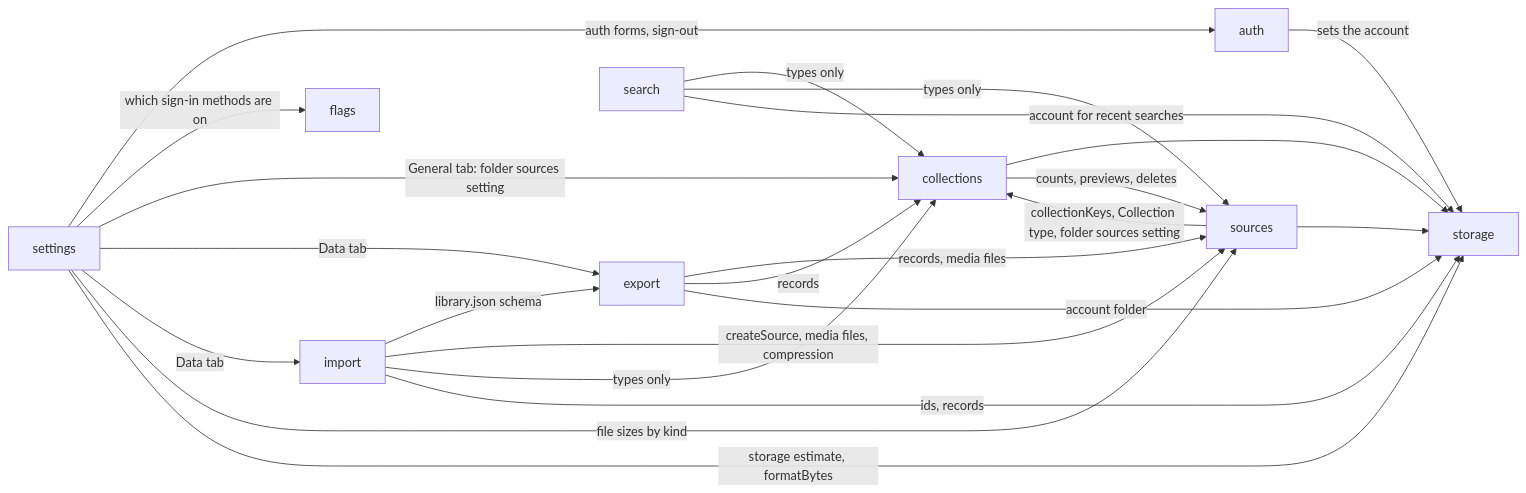
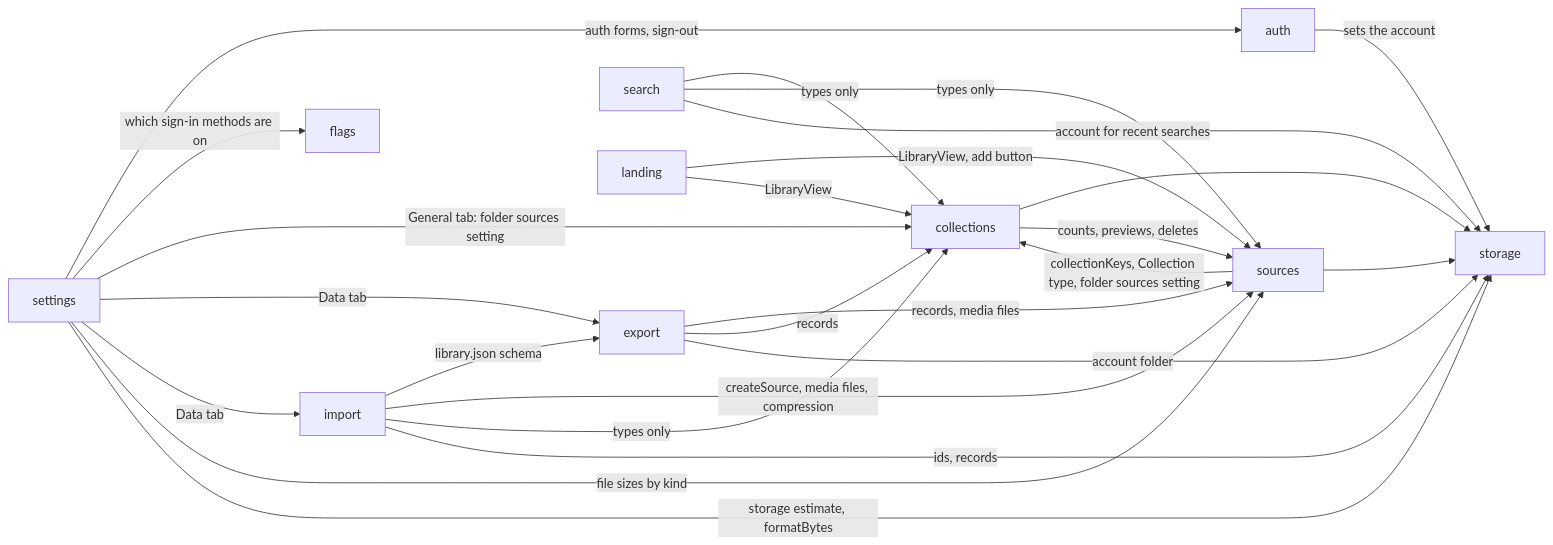
One commit to kun1225/mado changed the diagram in apps/web/ARCHITECTURE.md. Above: the diagram before and after it, drawn with Mermaid. The commit also changed other lines of this file and 22 other files, not shown here.

````diff
--- a/apps/web/ARCHITECTURE.md
+++ b/apps/web/ARCHITECTURE.md
@@ -25,25 +25,27 @@
 ```mermaid
 graph LR
   auth -->|sets the account| storage
   settings -->|auth forms, sign-out| auth
   settings -->|which sign-in methods are on| flags
   settings -->|General tab: folder sources setting| collections
   settings -->|Data tab| export
   settings -->|Data tab| import
   settings -->|file sizes by kind| sources
   settings -->|storage estimate, formatBytes| storage
   export -->|records, media files| sources
   export -->|records| collections
   export -->|account folder| storage
   import -->|library.json schema| export
   import -->|createSource, media files, compression| sources
   import -->|types only| collections
   import -->|ids, records| storage
   sources --> storage
   collections --> storage
   sources -->|collectionKeys, Collection type, folder sources setting| collections
   collections -->|counts, previews, deletes| sources
   search -->|types only| collections
   search -->|types only| sources
   search -->|account for recent searches| storage
+  landing -->|LibraryView, add button| sources
+  landing -->|LibraryView| collections
 ```
````
